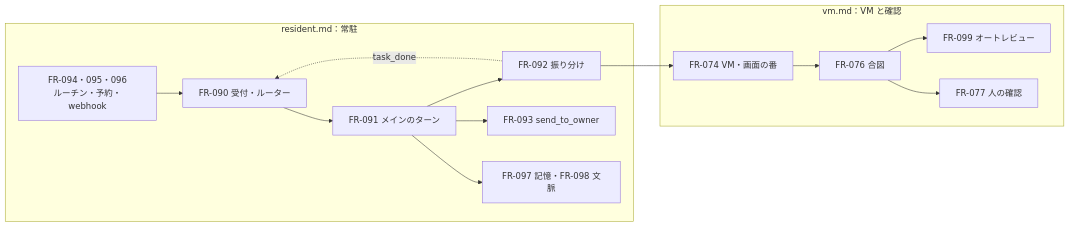
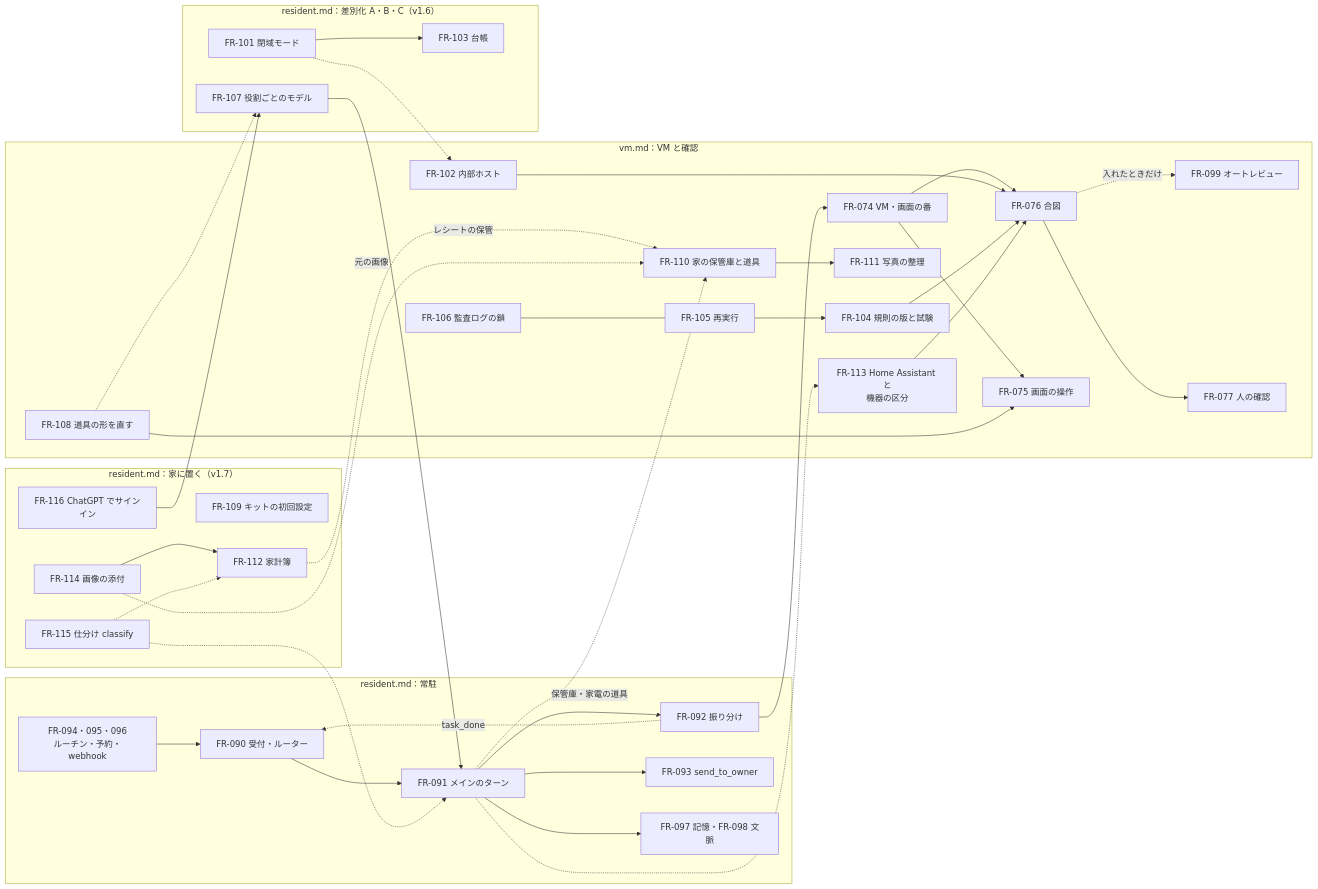
Before and after one commit to itiwoja/agent-team: the diagram in docs/design/04_functional_spec/README.md, drawn with Mermaid. The commit also changed other lines of this file and 39 other files, not shown here.

````diff
--- a/docs/design/04_functional_spec/README.md
+++ b/docs/design/04_functional_spec/README.md
@@ -17,17 +25,42 @@
 ```mermaid
 flowchart LR
  subgraph RES["resident.md：常駐"]
   F90["FR-090 受付・ルーター"] --> F91["FR-091 メインのターン"]
   F91 --> F92["FR-092 振り分け"]
   F91 --> F93["FR-093 send_to_owner"]
   F94["FR-094・095・096<br/>ルーチン・予約・webhook"] --> F90
   F91 --> F97["FR-097 記憶・FR-098 文脈"]
  end
  subgraph VM["vm.md：VM と確認"]
   F74["FR-074 VM・画面の番"] --> F76["FR-076 合図"]
-  F76 --> F99["FR-099 オートレビュー"]
+  F76 -.->|"入れたときだけ"| F99["FR-099 オートレビュー"]
   F76 --> F77["FR-077 人の確認"]
+  F74 --> F75["FR-075 画面の操作"]
+  F102["FR-102 内部ホスト"] --> F76
+  F104["FR-104 規則の版と試験"] --> F76
+  F105["FR-105 再実行"] --> F104
+  F106["FR-106 監査ログの鎖"] --- F105
+  F108["FR-108 道具の形を直す"] --> F75
+  F110["FR-110 家の保管庫と道具"] --> F111["FR-111 写真の整理"]
+  F113["FR-113 Home Assistant と<br/>機器の区分"] --> F76
+ end
+ subgraph DIFF["resident.md：差別化 A・B・C（v1.6）"]
+  F101["FR-101 閉域モード"] --> F103["FR-103 台帳"]
+  F107["FR-107 役割ごとのモデル"] --> F91
+ end
+ subgraph HOME["resident.md：家に置く（v1.7）"]
+  F109["FR-109 キットの初回設定"]
+  F114["FR-114 画像の添付"] --> F112["FR-112 家計簿"]
+  F115["FR-115 仕分け classify"] -.-> F112
+  F116["FR-116 ChatGPT でサインイン"] --> F107
+  F115 -.-> F91
  end
  F92 --> F74
  F92 -.->|"task_done"| F90
+ F101 -.-> F102
+ F108 -.-> F107
+ F112 -.->|"レシートの保管"| F110
+ F114 -.->|"元の画像"| F110
+ F91 -.->|"保管庫・家電の道具"| F110
+ F91 -.-> F113
 ```
````
